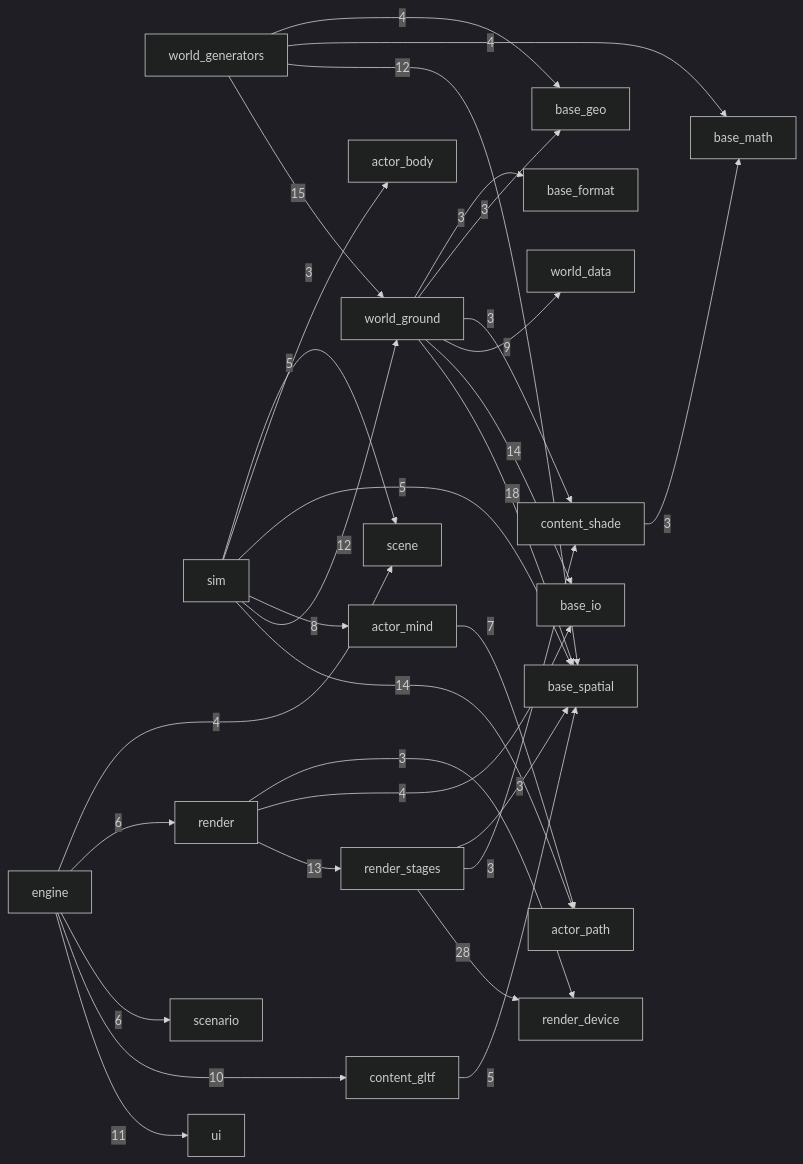
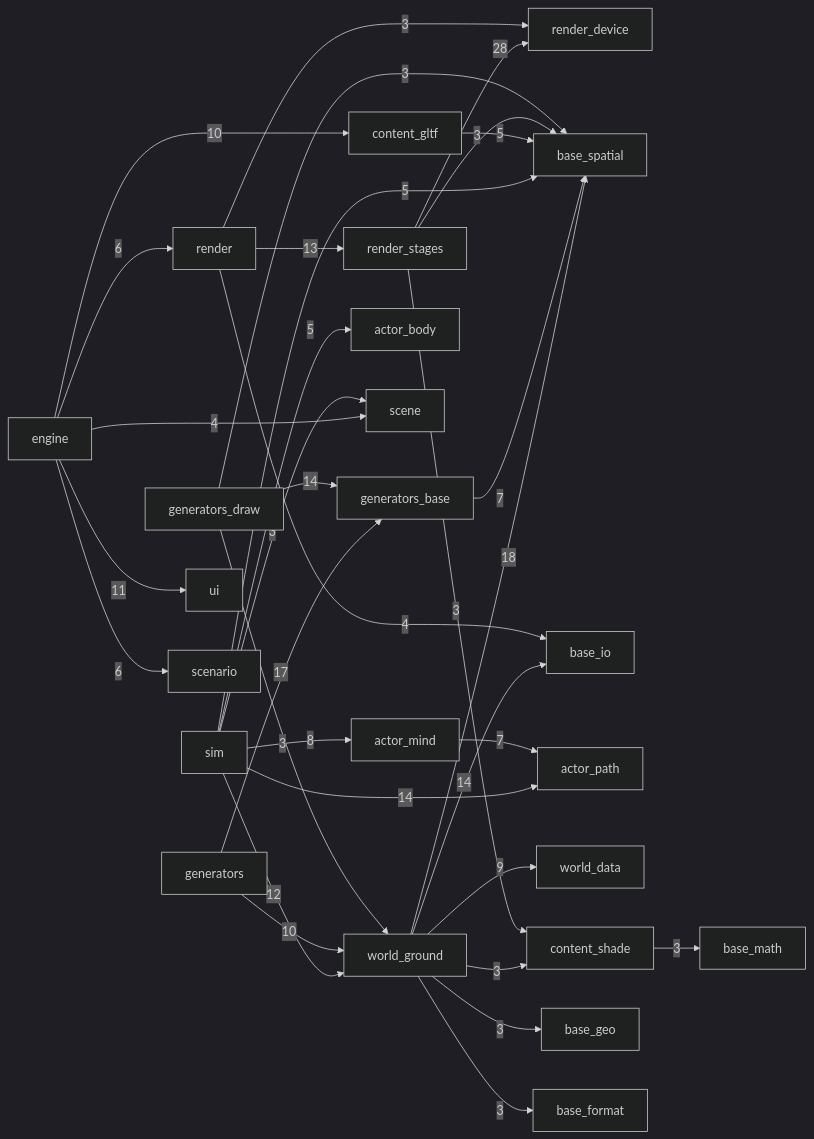
Before and after one commit to Weichwolf/outshine: the diagram in STATE.md, drawn with Mermaid (dark theme). The commit also changed other lines of this file and 83 other files, not shown here.

````diff
--- a/STATE.md
+++ b/STATE.md
@@ -138,33 +138,35 @@
 ```mermaid
 flowchart LR
   render_stages --> |28| render_device
   world_ground --> |18| base_spatial
-  world_generators --> |15| world_ground
+  generators --> |17| generators_base
   world_ground --> |14| base_io
   sim --> |14| actor_path
+  generators_draw --> |14| generators_base
   render --> |13| render_stages
-  world_generators --> |12| base_spatial
   sim --> |12| world_ground
   engine --> |11| ui
+  generators --> |10| world_ground
   engine --> |10| content_gltf
   world_ground --> |9| world_data
   sim --> |8| actor_mind
+  generators_base --> |7| base_spatial
   actor_mind --> |7| actor_path
   engine --> |6| scenario
   engine --> |6| render
   sim --> |5| base_spatial
   sim --> |5| actor_body
   content_gltf --> |5| base_spatial
-  world_generators --> |4| base_math
-  world_generators --> |4| base_geo
   render --> |4| base_io
   engine --> |4| scene
   world_ground --> |3| content_shade
   world_ground --> |3| base_geo
   world_ground --> |3| base_format
   sim --> |3| scene
   render --> |3| render_device
   render_stages --> |3| content_shade
   render_stages --> |3| base_spatial
+  generators_draw --> |3| world_ground
+  generators_draw --> |3| base_spatial
   content_shade --> |3| base_math
 ```
````
